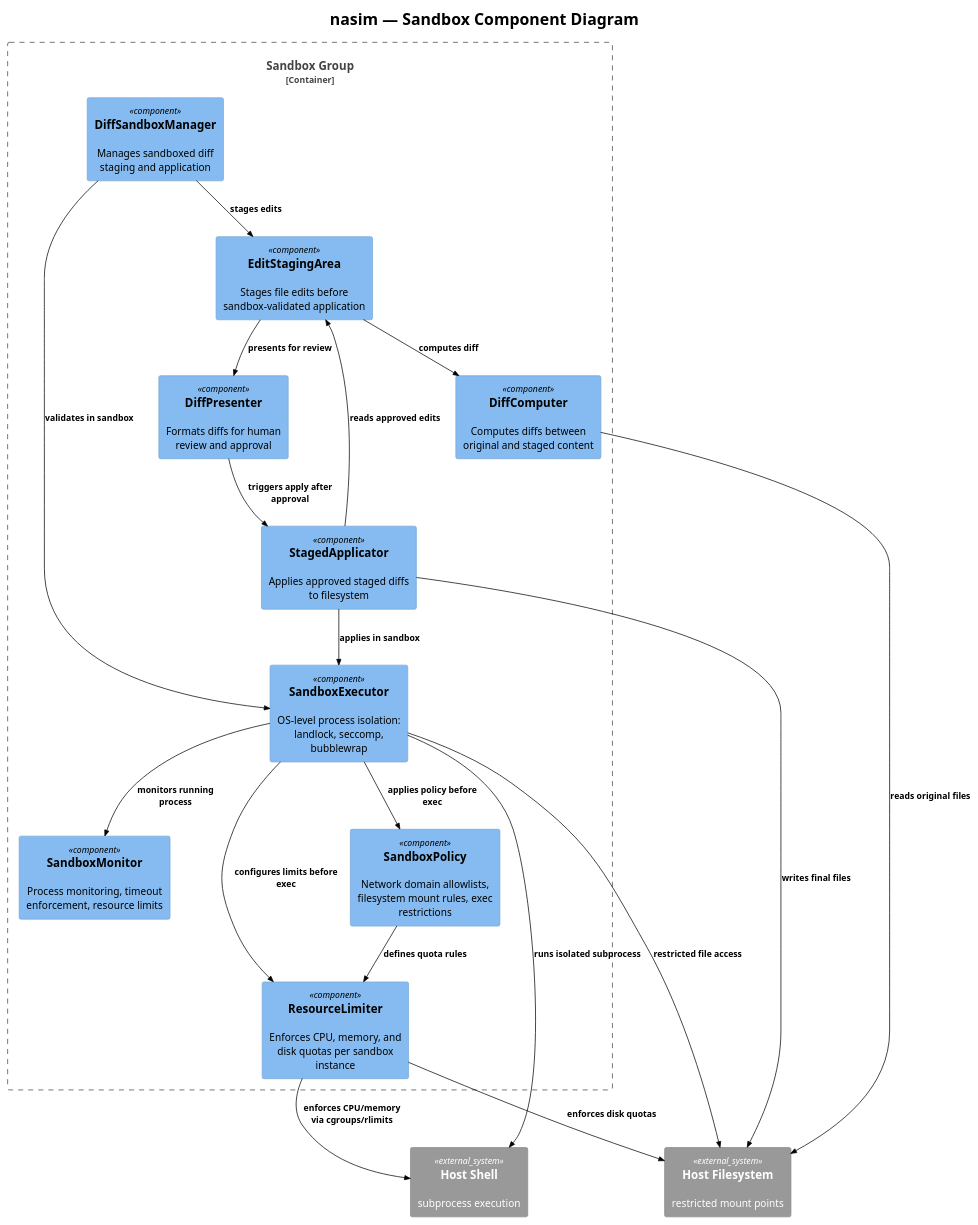
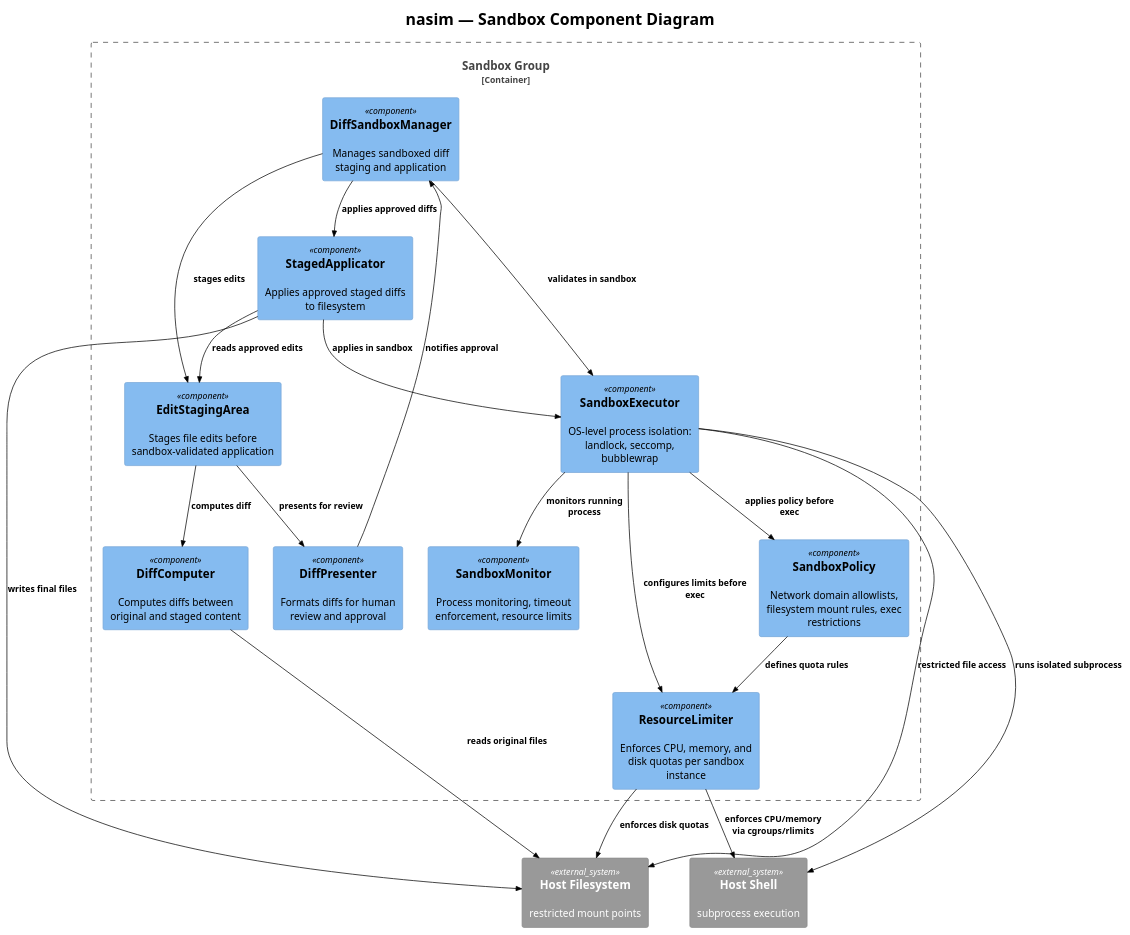
Before and after one commit to salimnamvar/nasim: the fourth of 25 diagrams in C4.md, drawn with PlantUML. The commit also changed other lines of this file and 5 other files, not shown here.

First line of the commit message:
docs: Refactor state machine and use case diagrams for clarity and consistency

```diff
--- a/C4.md
+++ b/C4.md
@@ -240,51 +243,52 @@
 @startuml c4_nasim_component_sandbox
 !include https://raw.githubusercontent.com/plantuml-stdlib/C4-PlantUML/v2.10.0/C4_Component.puml
 !theme plain
 
 
 ' ============================================================
 ' Title:     nasim — Sandbox Component Diagram
 ' Boundary:  nasim core library — Sandbox group
 ' Purpose:   OS-level process isolation and diff staging for shell and edit operations
 ' Milestone: v1.0
 ' Version:   6.0.0
 ' Source:    docs/audit/audit.2026.06.20.deep.domain.audit.md
 ' Review:    —
 ' ============================================================
 
 title nasim — Sandbox Component Diagram
 
 Container_Boundary(sandbox_boundary, "Sandbox Group") {
     Component(sandbox_executor, "SandboxExecutor", "", "OS-level process isolation: landlock, seccomp, bubblewrap")
     Component(sandbox_policy, "SandboxPolicy", "", "Network domain allowlists, filesystem mount rules, exec restrictions")
     Component(sandbox_monitor, "SandboxMonitor", "", "Process monitoring, timeout enforcement, resource limits")
     Component(resource_limiter, "ResourceLimiter", "", "Enforces CPU, memory, and disk quotas per sandbox instance")
     Component(diff_sandbox_mgr, "DiffSandboxManager", "", "Manages sandboxed diff staging and application")
     Component(edit_staging_area, "EditStagingArea", "", "Stages file edits before sandbox-validated application")
     Component(diff_computer, "DiffComputer", "", "Computes diffs between original and staged content")
     Component(diff_presenter, "DiffPresenter", "", "Formats diffs for human review and approval")
     Component(staged_applicator, "StagedApplicator", "", "Applies approved staged diffs to filesystem")
 }
 
 System_Ext(host_shell, "Host Shell", "subprocess execution")
 System_Ext(host_fs, "Host Filesystem", "restricted mount points")
 
 Rel(sandbox_executor, sandbox_policy, "applies policy before exec")
 Rel(sandbox_executor, sandbox_monitor, "monitors running process")
 Rel(sandbox_executor, resource_limiter, "configures limits before exec")
 Rel(sandbox_policy, resource_limiter, "defines quota rules")
 Rel(resource_limiter, host_fs, "enforces disk quotas")
 Rel(resource_limiter, host_shell, "enforces CPU/memory via cgroups/rlimits")
 Rel(sandbox_executor, host_shell, "runs isolated subprocess")
 Rel(sandbox_executor, host_fs, "restricted file access")
 Rel(diff_sandbox_mgr, edit_staging_area, "stages edits")
 Rel(diff_sandbox_mgr, sandbox_executor, "validates in sandbox")
 Rel(edit_staging_area, diff_computer, "computes diff")
 Rel(edit_staging_area, diff_presenter, "presents for review")
 Rel(diff_computer, host_fs, "reads original files")
 Rel(staged_applicator, edit_staging_area, "reads approved edits")
 Rel(staged_applicator, sandbox_executor, "applies in sandbox")
 Rel(staged_applicator, host_fs, "writes final files")
-Rel(diff_presenter, staged_applicator, "triggers apply after approval")
+Rel(diff_presenter, diff_sandbox_mgr, "notifies approval")
+Rel(diff_sandbox_mgr, staged_applicator, "applies approved diffs")
 
 @enduml
```
